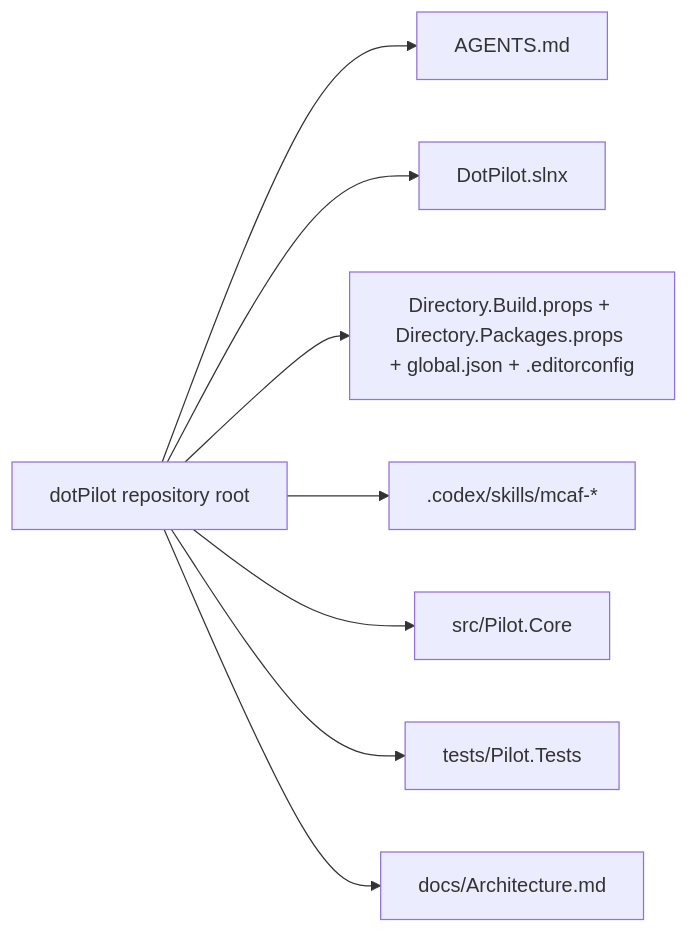
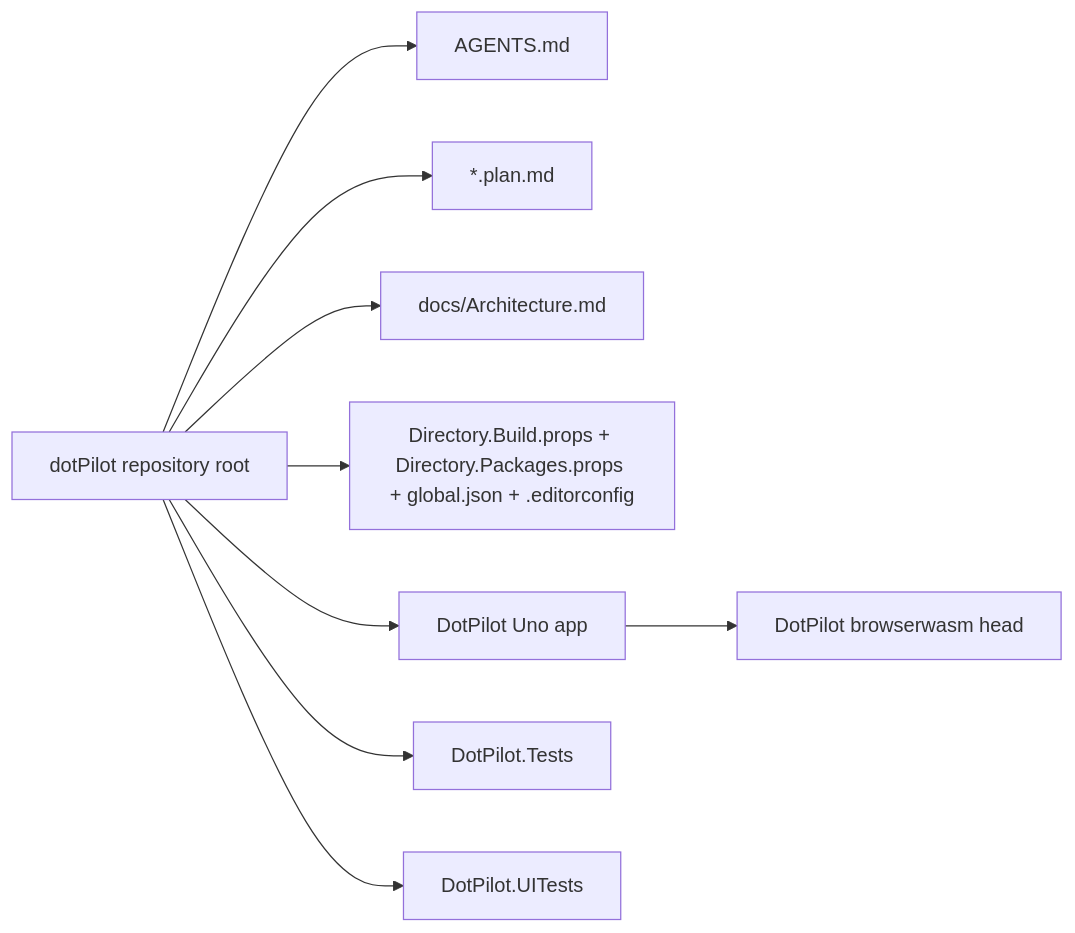
One commit to managedcode/dotPilot changed the first of 3 diagrams in docs/Architecture.md. Above: the diagram before and after it, drawn with Mermaid. The commit also changed other lines of this file and 104 other files, not shown here.

````diff
--- a/docs/Architecture.md
+++ b/docs/Architecture.md
@@ -30,19 +24,21 @@
 ```mermaid
 flowchart LR
   Root["dotPilot repository root"]
-  Agents["AGENTS.md"]
-  Sln["DotPilot.slnx"]
+  RootAgents["AGENTS.md"]
+  Plan["*.plan.md"]
+  Docs["docs/Architecture.md"]
   Build["Directory.Build.props + Directory.Packages.props + global.json + .editorconfig"]
-  Skills[".codex/skills/mcaf-*"]
-  Core["src/Pilot.Core"]
-  Tests["tests/Pilot.Tests"]
-  Docs["docs/Architecture.md"]
+  App["DotPilot Uno app"]
+  BrowserHead["DotPilot browserwasm head"]
+  Unit["DotPilot.Tests"]
+  Ui["DotPilot.UITests"]
 
-  Root --> Agents
-  Root --> Sln
+  Root --> RootAgents
+  Root --> Plan
+  Root --> Docs
   Root --> Build
-  Root --> Skills
-  Root --> Core
-  Root --> Tests
-  Root --> Docs
+  Root --> App
+  App --> BrowserHead
+  Root --> Unit
+  Root --> Ui
 ```
````
